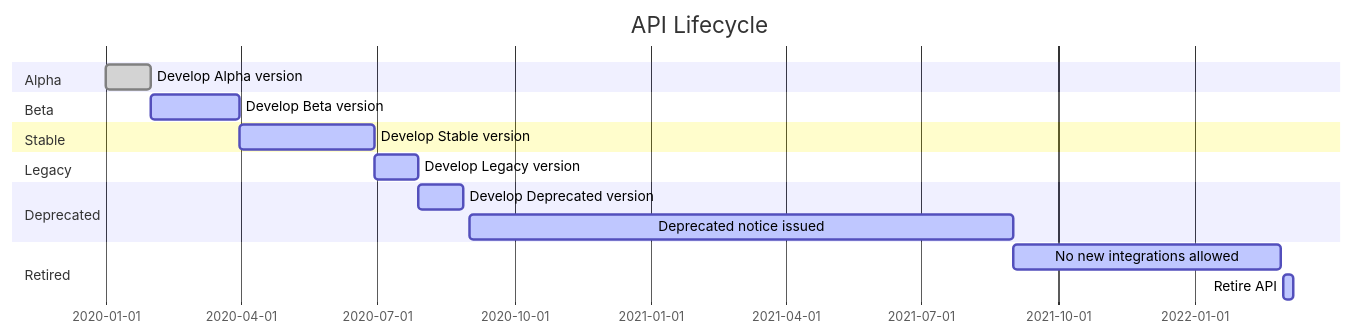
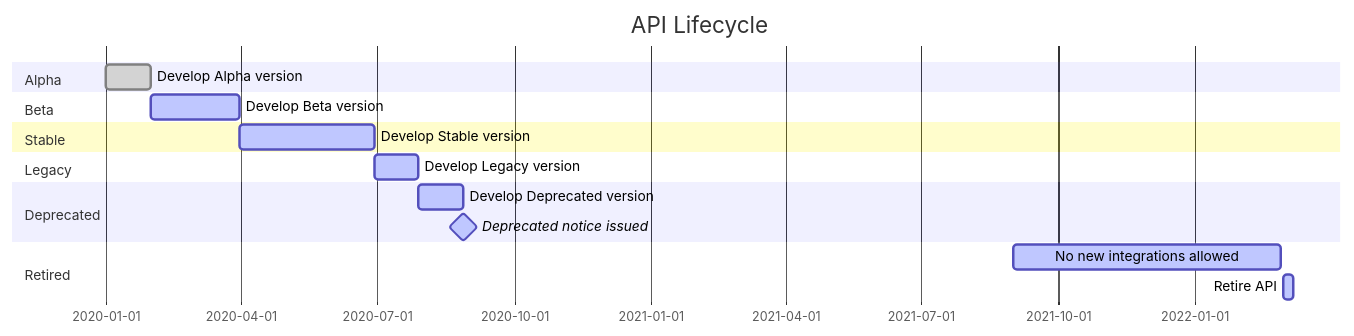
One commit to Geoff1900/Geoff1900.github.io changed the first of 2 diagrams in docs/how-to-write-a-sad.md. Above: the diagram before and after it, drawn with Mermaid.

````diff
--- a/docs/how-to-write-a-sad.md
+++ b/docs/how-to-write-a-sad.md
@@ -8,27 +8,27 @@
 ```mermaid
-%%{init: { 'theme': 'note' }}%%
+%%{init: { 'theme': 'default' }}%%
 gantt
     title API Lifecycle
     dateFormat  DD-MM-YY
 
     section Alpha
     Develop Alpha version:done,    alpha1, 2020-01-01, 30d
 
     section Beta
     Develop Beta version: active,  beta1, after alpha1, 60d
 
     section Stable
     Develop Stable version:active,  stable1, after beta1, 90d
 
     section Legacy
     Develop Legacy version:active,  legacy1, after stable1, 30d
 
     section Deprecated
     Develop Deprecated version:active,  deprecated1, after legacy1, 30d
-    Deprecated notice issued:active,  deprecatedNotice, 2020-09-01, 365d
+    Deprecated notice issued:active,  milestone, 2020-09-01
 
     section Retired
     No new integrations allowed:active,  noNewIntegrations, 2021-09-01, 180d
     Retire API:active,  retired, 2022-03-01, 7d
 
 ```
````
